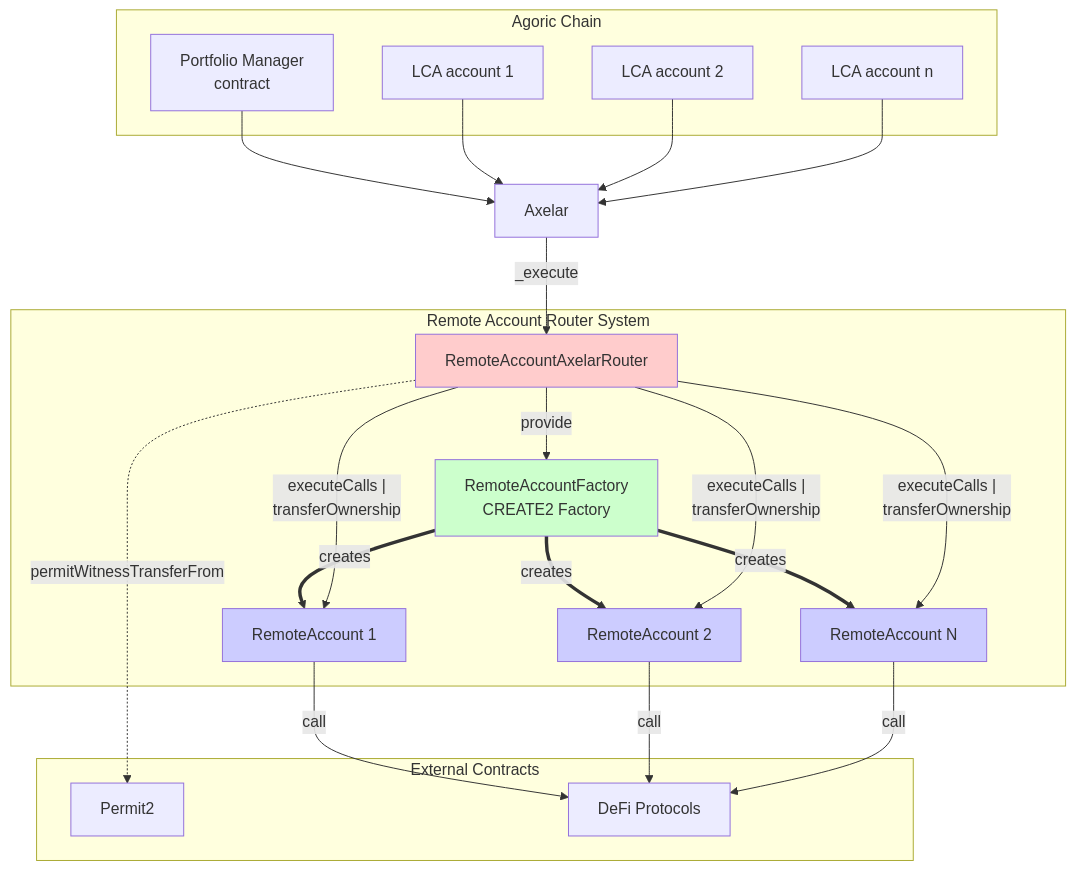
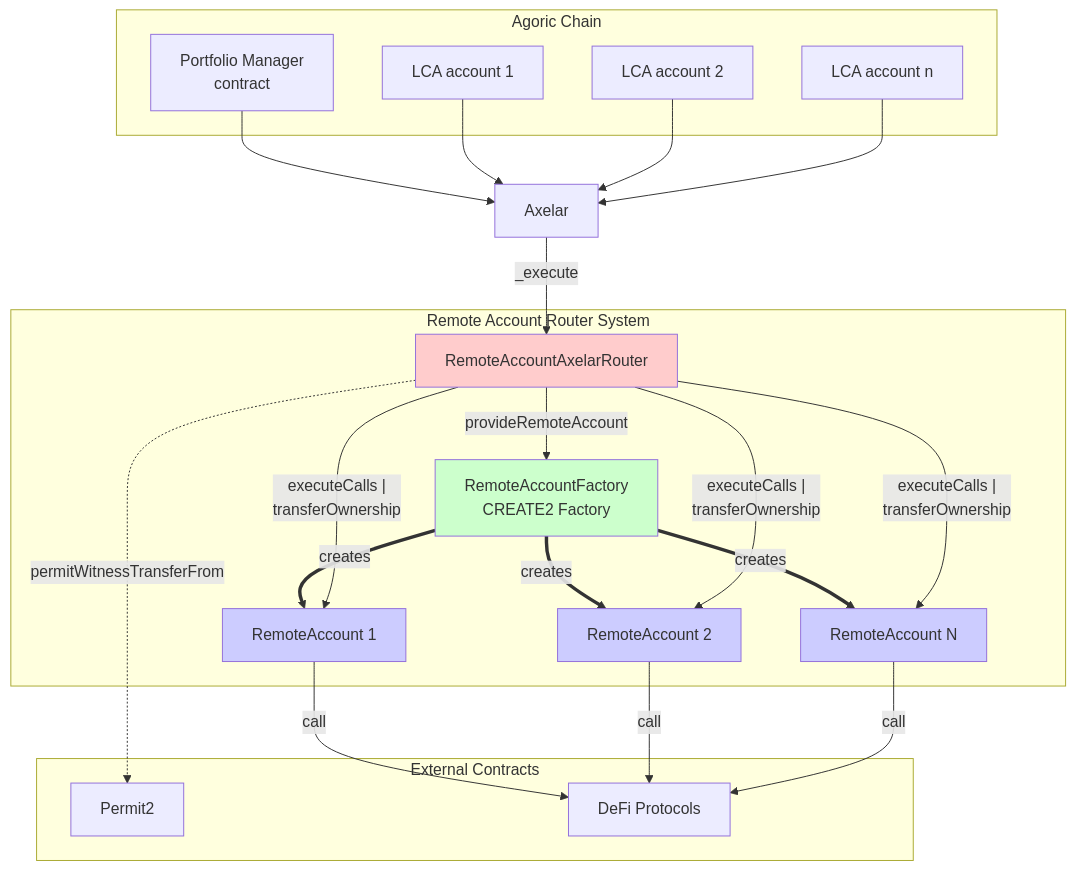
Before and after one commit to agoric-labs/agoric-to-axelar-local: the second of 8 diagrams in packages/axelar-local-dev-cosmos/src/contracts/design.md, drawn with Mermaid. The commit also changed other lines of this file, not shown here.

````diff
--- a/packages/axelar-local-dev-cosmos/src/contracts/design.md
+++ b/packages/axelar-local-dev-cosmos/src/contracts/design.md
@@ -43,47 +43,47 @@
 ```mermaid
 graph TB
     subgraph "Agoric Chain"
         YMAX[Portfolio Manager<br>contract]
         LCA1[LCA account 1]
         LCA2[LCA account 2]
         LCAn[LCA account n]
     end
-    
+
     AXL[Axelar]
-    
+
     subgraph "Remote Account Router System"
         PR[RemoteAccountAxelarRouter]
         RAF[RemoteAccountFactory<br/>CREATE2 Factory]
         RA1[RemoteAccount 1]
         RA2[RemoteAccount 2]
         RAn[RemoteAccount N]
     end
-    
+
     subgraph "External Contracts"
         P2[Permit2]
         PROTO[DeFi Protocols]
     end
-    
+
     YMAX --> AXL
     LCA1 --> AXL
     LCA2 --> AXL
     LCAn --> AXL
     AXL -->|_execute| PR
-    PR -->|provide| RAF
+    PR -->|provideRemoteAccount| RAF
     RAF ==>|creates| RA1
     RAF ==>|creates| RA2
     RAF ==>|creates| RAn
     PR -->|"executeCalls |<br>transferOwnership"| RA1
     PR -->|"executeCalls |<br>transferOwnership"| RA2
     PR -->|"executeCalls |<br>transferOwnership"| RAn
     PR -.->|permitWitnessTransferFrom| P2
     RA1 -->|call| PROTO
     RA2 -->|call| PROTO
     RAn -->|call| PROTO
-    
+
     style PR fill:#ffcccc
     style RAF fill:#ccffcc
     style RA1 fill:#ccccff
     style RA2 fill:#ccccff
     style RAn fill:#ccccff
 ```
````
